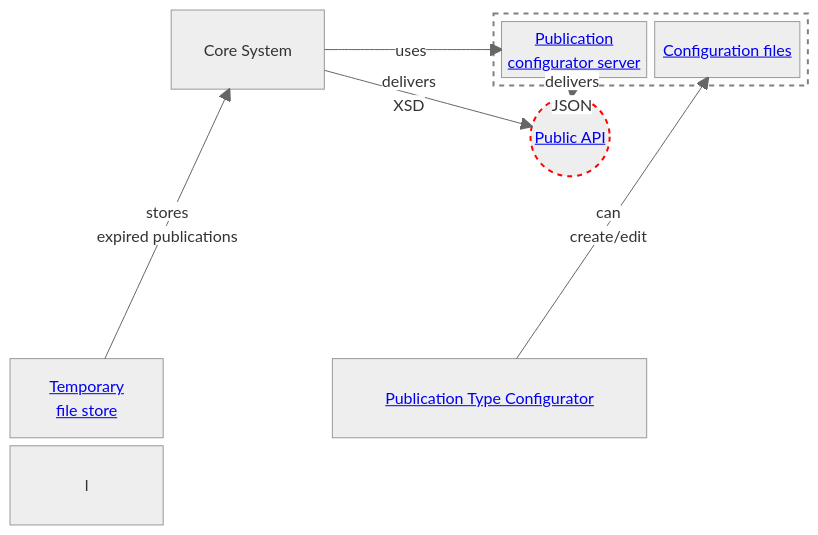
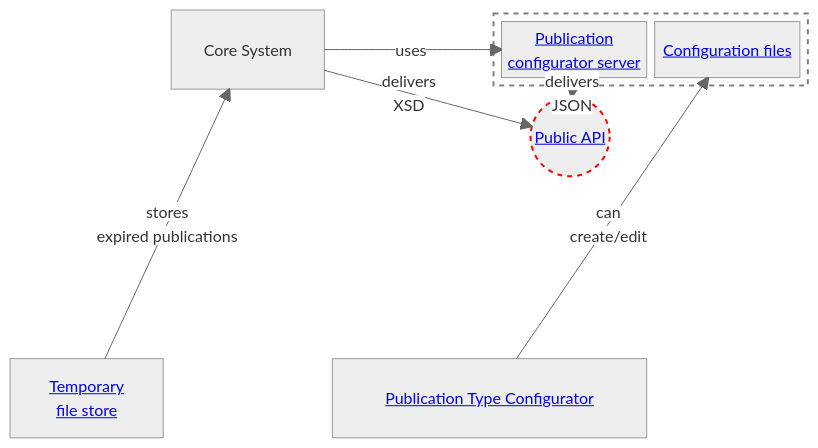
Before and after one commit to officialgazette/big-picture: the diagram in README.md, drawn with Mermaid. The commit also changed other lines of this file, not shown here.

````diff
--- a/README.md
+++ b/README.md
@@ -28,44 +28,42 @@
 ```mermaid
 
 %%{
   init: {
     'theme': 'neutral'
   }
 }%%
 
 block-beta
 columns 4
 
 space
   core["Core System"] space
 block:scope:2
 configServer["<a href='https://github.com/officialgazette/publication-configurator-server'>Publication
 configurator server</a>"]
 termsConfig["<a href='https://github.com/officialgazette/publication-standard'>Configuration files</a>"]
 end
 space:3
 api(("<a href='https://amtsblattportal.ch/docs/api'>Public API</a>"))
 space:8
 tempStore["<a href='https://github.com/officialgazette/publication-archive'>Temporary
 file store</a>"]
 space
 
 Config["<a href='https://github.com/officialgazette/publication-configurator'>Publication Type Configurator</a>"]:2
 
 
 Config--"can
 create/edit"-->termsConfig
 core--"uses"-->configServer
 tempStore--"stores
 expired publications"-->core
 core--"delivers
 XSD"-->api
 configServer--"delivers
 JSON"-->api
 
 
-
-l
 style scope stroke:grey,stroke-width:2px,color:#fff,stroke-dasharray: 5 5
 style api stroke:red,stroke-width:2px,color:grey,stroke-dasharray: 5 5
 ```
````
